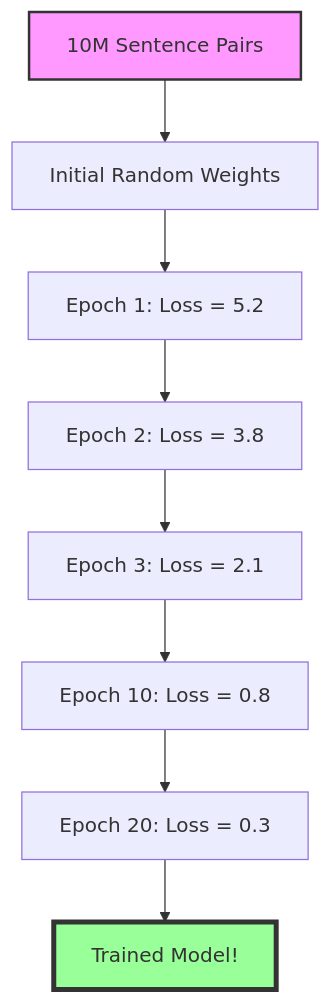
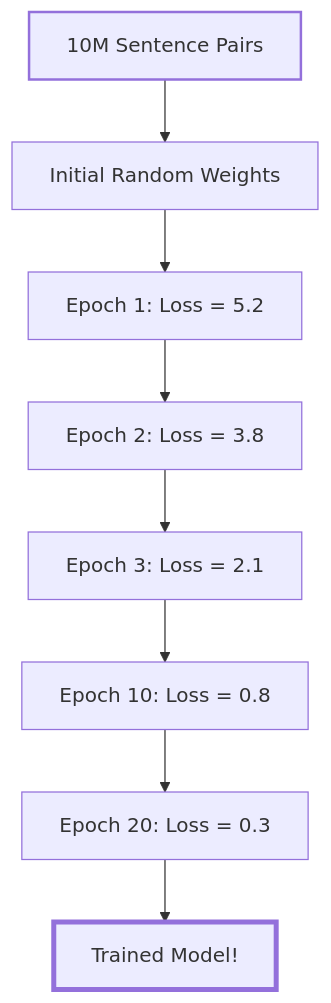
One commit to Shaddix/mostlylucidweb changed diagram 12 of 15 in Mostlylucid/Markdown/how-neural-machine-translation-works.md. Above: the diagram before and after it, drawn with Mermaid. The commit also changed other lines of this file and 7 other files, not shown here.

````diff
--- a/Mostlylucid/Markdown/how-neural-machine-translation-works.md
+++ b/Mostlylucid/Markdown/how-neural-machine-translation-works.md
@@ -739,13 +731,13 @@
 ```mermaid
 graph TD
     A[10M Sentence Pairs] --> B[Initial Random Weights]
     B --> C[Epoch 1: Loss = 5.2]
     C --> D[Epoch 2: Loss = 3.8]
     D --> E[Epoch 3: Loss = 2.1]
     E --> F[Epoch 10: Loss = 0.8]
     F --> G[Epoch 20: Loss = 0.3]
     G --> H[Trained Model!]
 
-    style A fill:#f9f,stroke:#333,stroke-width:2px
-    style H fill:#9f9,stroke:#333,stroke-width:4px
+    style A stroke-width:2px
+    style H stroke-width:4px
 ```
````
